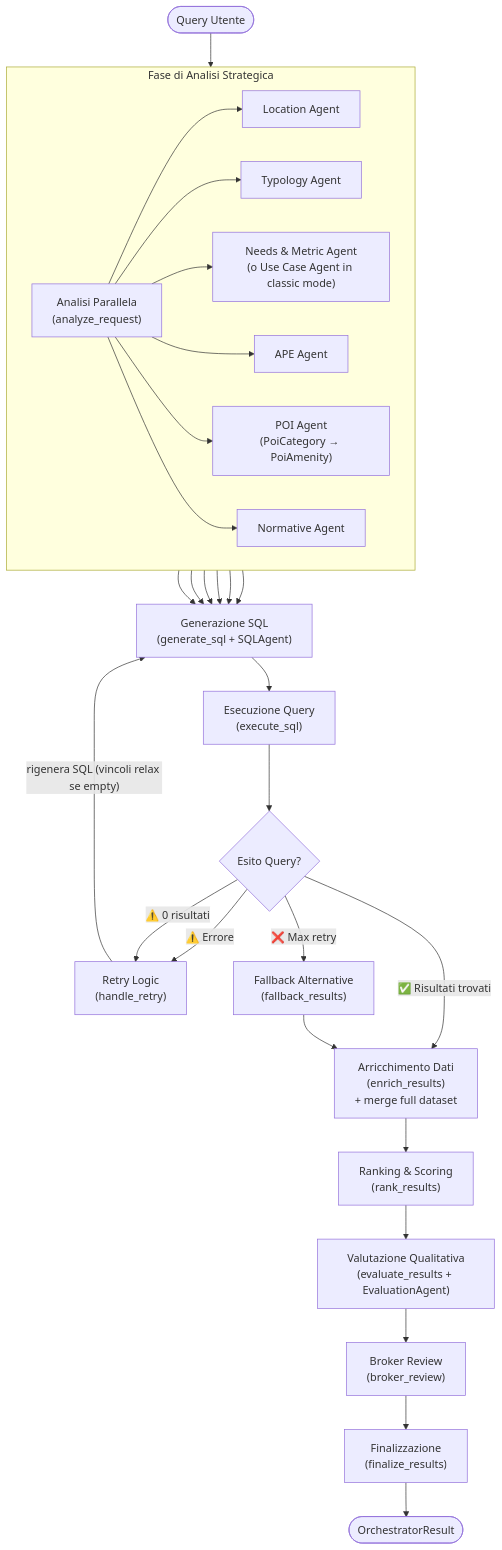
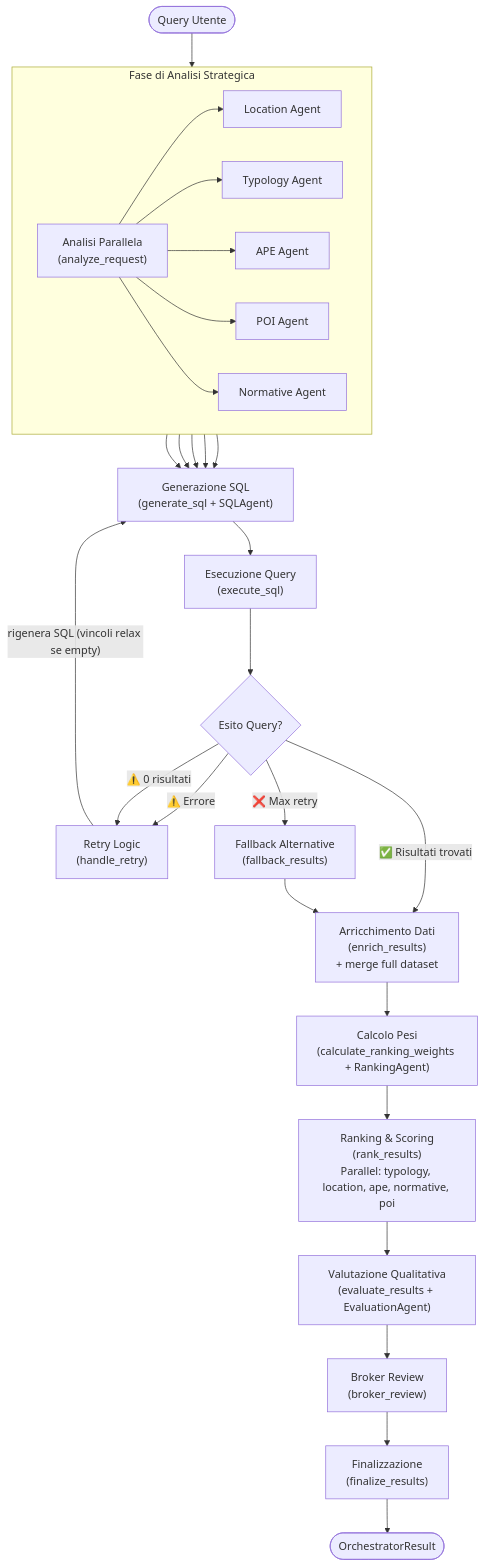
Before and after one commit to dbdmg/murena: the fourth of 5 diagrams in docs/AGENT_ARCHITECTURE.md, drawn with Mermaid. The commit also changed other lines of this file and 45 other files, not shown here.

````diff
--- a/docs/AGENT_ARCHITECTURE.md
+++ b/docs/AGENT_ARCHITECTURE.md
@@ -154,52 +144,50 @@
 ```mermaid
 flowchart TB
     %% ====== Nodi principali ======
     U([Query Utente])
     
     subgraph PHASE1["Fase di Analisi Strategica"]
       direction LR
       A["Analisi Parallela\n(analyze_request)"]
       LA["Location Agent"]
       TA["Typology Agent"]
-      NA["Needs & Metric Agent\n(o Use Case Agent in classic mode)"]
       AA["APE Agent"]
-      PA["POI Agent\n(PoiCategory → PoiAmenity)"]
+      PA["POI Agent"]
       NO["Normative Agent"]
 
       A --> LA
       A --> TA
-      A --> NA
       A --> AA
       A --> PA
       A --> NO
     end
 
     G["Generazione SQL\n(generate_sql + SQLAgent)"]
     E["Esecuzione Query\n(execute_sql)"]
     C{"Esito Query?"}
     R["Retry Logic\n(handle_retry)"]
     ENR["Arricchimento Dati\n(enrich_results)\n+ merge full dataset"]
-    RK["Ranking & Scoring\n(rank_results)"]
+    CW["Calcolo Pesi\n(calculate_ranking_weights + RankingAgent)"]
+    RK["Ranking & Scoring\n(rank_results)\nParallel: typology, location, ape, normative, poi"]
     EV["Valutazione Qualitativa\n(evaluate_results + EvaluationAgent)"]
     BR["Broker Review\n(broker_review)"]
     F["Finalizzazione\n(finalize_results)"]
     FB["Fallback Alternative\n(fallback_results)"]
     OUT([OrchestratorResult])
 
     %% ====== Flusso ======
     U --> A
     LA --> G
     TA --> G
-    NA --> G
     AA --> G
     PA --> G
     NO --> G
     G --> E --> C
     C -->|"✅ Risultati trovati"| ENR
     C -->|"⚠️ Errore"| R
     C -->|"⚠️ 0 risultati"| R
     R -->|"rigenera SQL (vincoli relax se empty)"| G
     C -->|"❌ Max retry"| FB
     FB --> ENR
-    ENR --> RK --> EV --> BR --> F --> OUT
+    ENR --> CW --> RK --> EV --> BR --> F --> OUT
 ```
````
